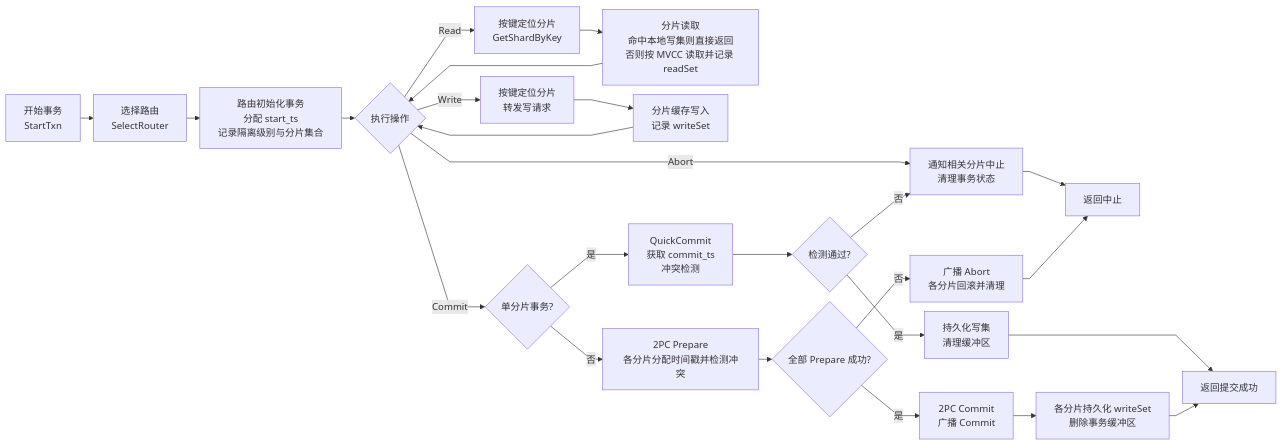
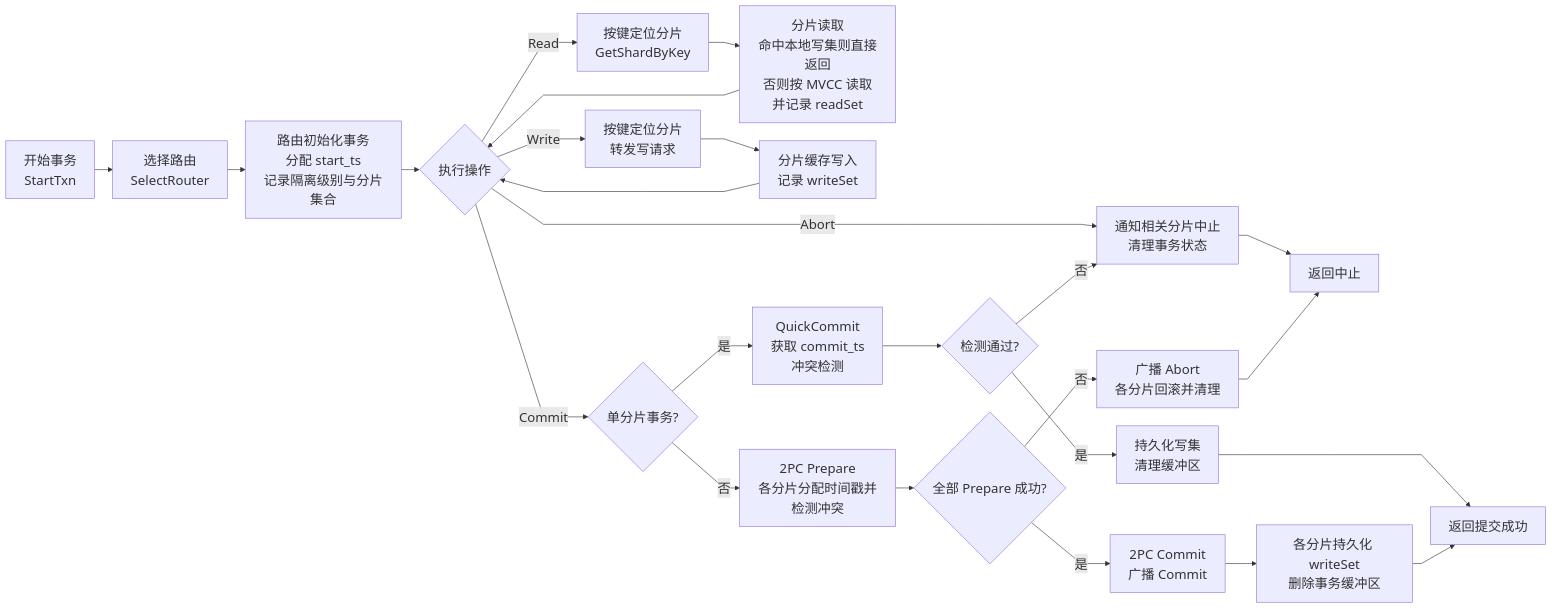
The diagram in figures/mmd/flowchart.mmd (ZhangJihua0327/master-thesis), drawn with Mermaid before and after one commit. The commit also changed 9 other files, not shown here.

```diff
--- a/figures/mmd/flowchart.mmd
+++ b/figures/mmd/flowchart.mmd
@@ -1,31 +1,31 @@
-%%{init: {'theme': 'default', 'flowchart': {'nodeSpacing': 16, 'rankSpacing': 22, 'curve': 'linear'}}}%%
+%%{init: {'theme': 'default', 'themeVariables': {'fontSize': '22px', 'noteFontSize': '20px'}, 'flowchart': {'nodeSpacing': 30, 'rankSpacing': 30, 'curve': 'linear'}}}%%
 flowchart LR
     A["开始事务<br/>StartTxn"] --> B["选择路由<br/>SelectRouter"]
     B --> C["路由初始化事务<br/>分配 start_ts<br/>记录隔离级别与分片集合"]
     C --> D{"执行操作"}
 
     D -->|"Read"| E["按键定位分片<br/>GetShardByKey"]
     E --> F["分片读取<br/>命中本地写集则直接返回<br/>否则按 MVCC 读取并记录 readSet"]
     F --> D
 
     D -->|"Write"| G["按键定位分片<br/>转发写请求"]
     G --> H["分片缓存写入<br/>记录 writeSet"]
     H --> D
 
     D -->|"Abort"| I["通知相关分片中止<br/>清理事务状态"]
     I --> J["返回中止"]
 
     D -->|"Commit"| K{"单分片事务?"}
     K -->|"是"| L["QuickCommit<br/>获取 commit_ts<br/>冲突检测"]
     L --> M{"检测通过?"}
     M -->|"否"| I
     M -->|"是"| N["持久化写集<br/>清理缓冲区"]
     N --> O["返回提交成功"]
 
     K -->|"否"| P["2PC Prepare<br/>各分片分配时间戳并检测冲突"]
     P --> Q{"全部 Prepare 成功?"}
     Q -->|"否"| R["广播 Abort<br/>各分片回滚并清理"]
     R --> J
     Q -->|"是"| S["2PC Commit<br/>广播 Commit"]
     S --> T["各分片持久化 writeSet<br/>删除事务缓冲区"]
     T --> O
```
